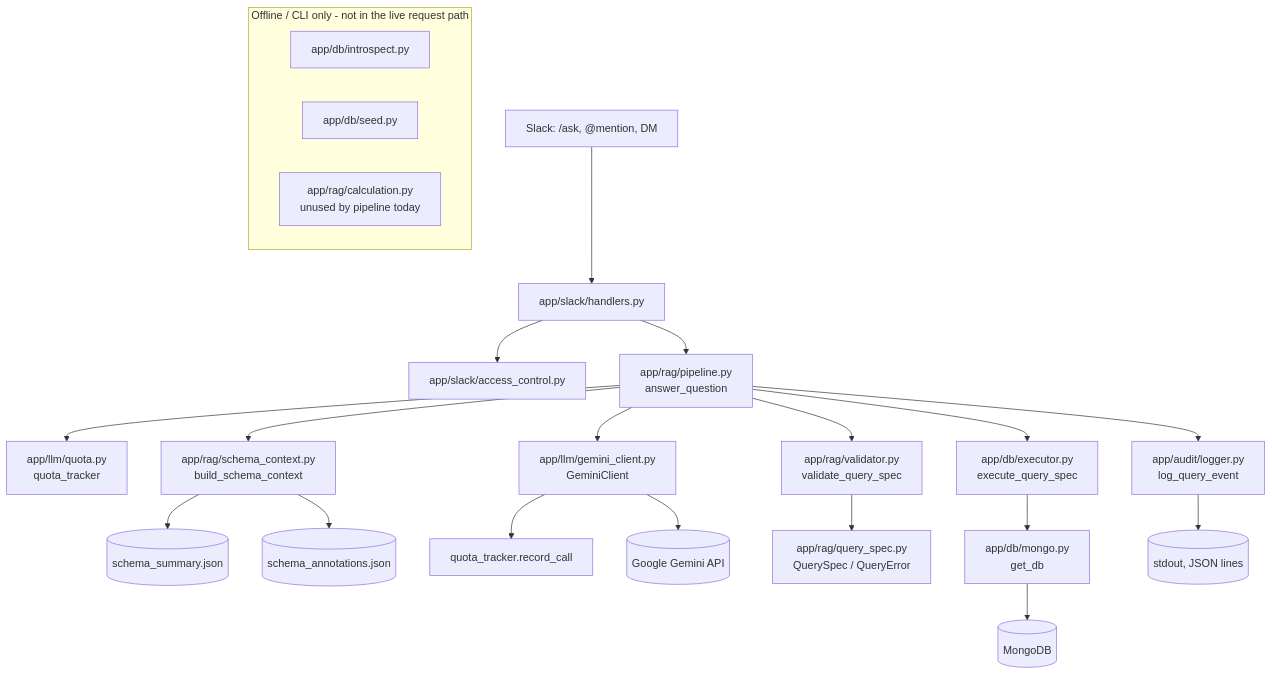
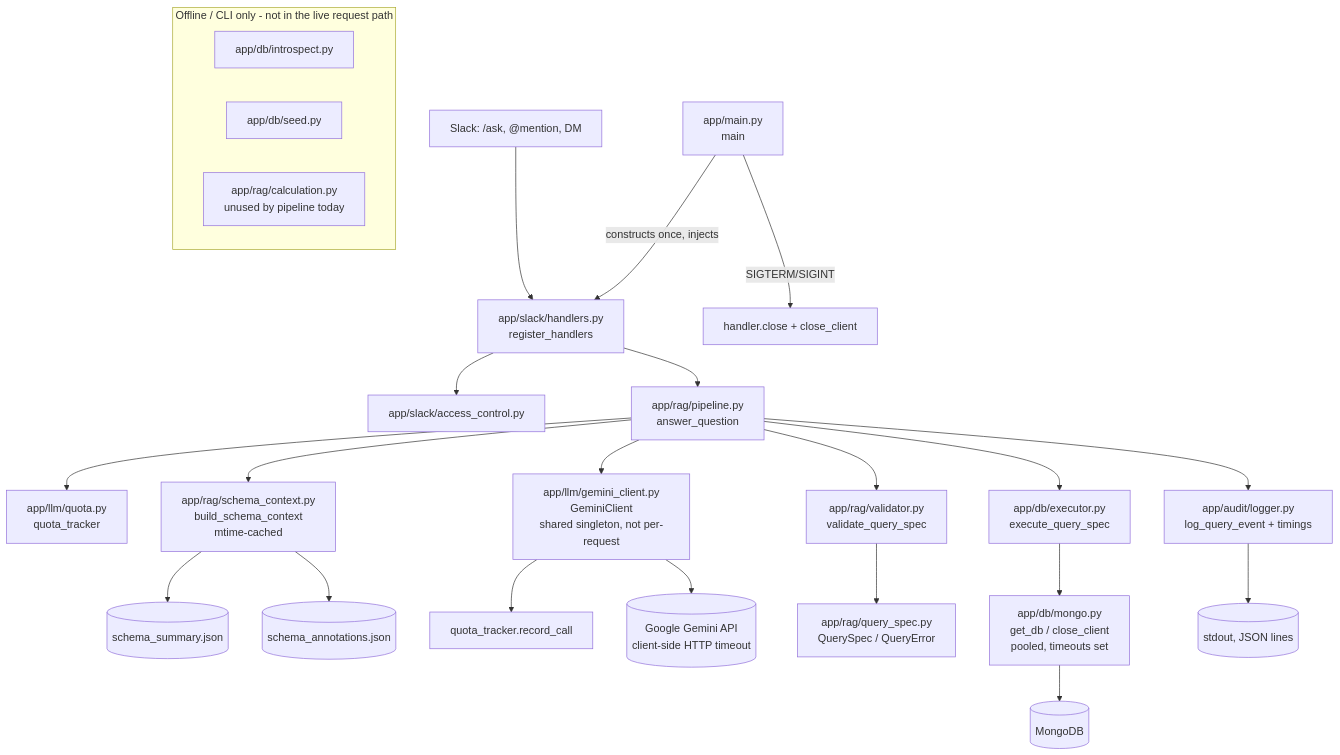
One commit to saadfareed/foodie-rag changed the first of 3 diagrams in docs/architecture.md. Above: the diagram before and after it, drawn with Mermaid. The commit also changed other lines of this file and 17 other files, not shown here.

````diff
--- a/docs/architecture.md
+++ b/docs/architecture.md
@@ -9,32 +9,35 @@
 ```mermaid
 graph TD
-    Slack[Slack: /ask, @mention, DM] --> Handlers[app/slack/handlers.py]
+    Main[app/main.py<br/>main] -->|constructs once, injects| Handlers[app/slack/handlers.py<br/>register_handlers]
+    Main -->|SIGTERM/SIGINT| Shutdown[handler.close + close_client]
+
+    Slack[Slack: /ask, @mention, DM] --> Handlers
     Handlers --> AccessControl[app/slack/access_control.py]
     Handlers --> Pipeline[app/rag/pipeline.py<br/>answer_question]
 
     Pipeline --> Quota[app/llm/quota.py<br/>quota_tracker]
-    Pipeline --> SchemaCtx[app/rag/schema_context.py<br/>build_schema_context]
-    Pipeline --> Gemini[app/llm/gemini_client.py<br/>GeminiClient]
+    Pipeline --> SchemaCtx[app/rag/schema_context.py<br/>build_schema_context<br/>mtime-cached]
+    Pipeline --> Gemini[app/llm/gemini_client.py<br/>GeminiClient<br/>shared singleton, not per-request]
     Pipeline --> Validator[app/rag/validator.py<br/>validate_query_spec]
     Pipeline --> Executor[app/db/executor.py<br/>execute_query_spec]
-    Pipeline --> Audit[app/audit/logger.py<br/>log_query_event]
+    Pipeline --> Audit[app/audit/logger.py<br/>log_query_event + timings]
 
     SchemaCtx --> SummaryFile[(schema_summary.json)]
     SchemaCtx --> AnnotationsFile[(schema_annotations.json)]
 
     Gemini --> QuotaRecord[quota_tracker.record_call]
-    Gemini --> GeminiAPI[(Google Gemini API)]
+    Gemini --> GeminiAPI[(Google Gemini API<br/>client-side HTTP timeout)]
 
     Validator --> QuerySpecModel[app/rag/query_spec.py<br/>QuerySpec / QueryError]
 
-    Executor --> Mongo[app/db/mongo.py<br/>get_db]
+    Executor --> Mongo[app/db/mongo.py<br/>get_db / close_client<br/>pooled, timeouts set]
     Mongo --> MongoDB[(MongoDB)]
 
     Audit --> Stdout[(stdout, JSON lines)]
 
     subgraph "Offline / CLI only - not in the live request path"
         Introspect[app/db/introspect.py]
         Seed[app/db/seed.py]
         Calc[app/rag/calculation.py<br/>unused by pipeline today]
     end
 ```
````
